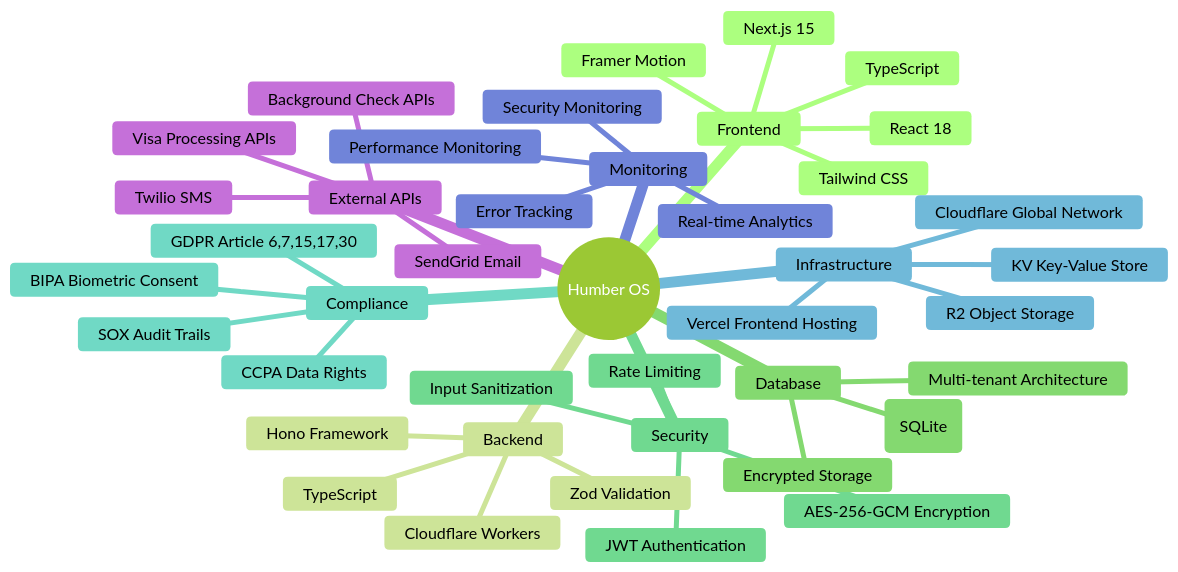
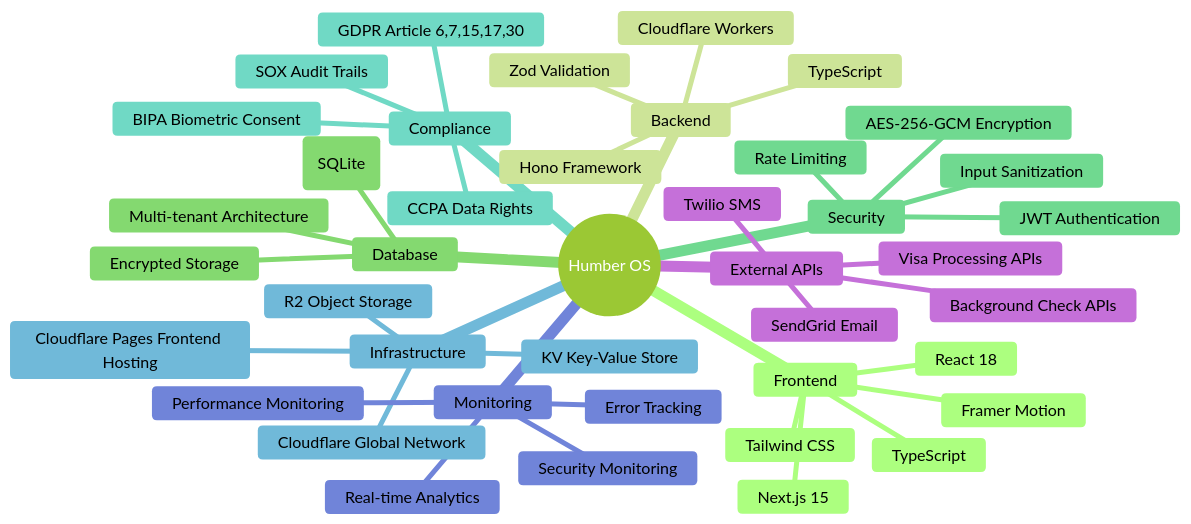
Diagram 19 of 19 in SYSTEM_ARCHITECTURE.md (financeaiguy/humber-os), drawn with Mermaid (forest theme) before and after one commit. The commit also changed other lines of this file and 50 other files, not shown here.

````diff
--- a/SYSTEM_ARCHITECTURE.md
+++ b/SYSTEM_ARCHITECTURE.md
@@ -940,51 +940,51 @@
 ```mermaid
 mindmap
   root((Humber OS))
     Frontend
       Next.js 15
       React 18
       TypeScript
       Tailwind CSS
       Framer Motion
       
     Backend
       Cloudflare Workers
       Hono Framework
       TypeScript
       Zod Validation
       
     Database
       Cloudflare D1 (SQLite)
       Multi-tenant Architecture
       Encrypted Storage
       
     Security
       AES-256-GCM Encryption
       JWT Authentication
       Rate Limiting
       Input Sanitization
       
     Compliance
       GDPR Article 6,7,15,17,30
       BIPA Biometric Consent
       CCPA Data Rights
       SOX Audit Trails
       
     Infrastructure
       Cloudflare Global Network
-      Vercel Frontend Hosting
+      Cloudflare Pages Frontend Hosting
       R2 Object Storage
       KV Key-Value Store
       
     Monitoring
       Real-time Analytics
       Error Tracking
       Performance Monitoring
       Security Monitoring
       
     External APIs
       SendGrid Email
       Twilio SMS
       Background Check APIs
       Visa Processing APIs
 ```
````
